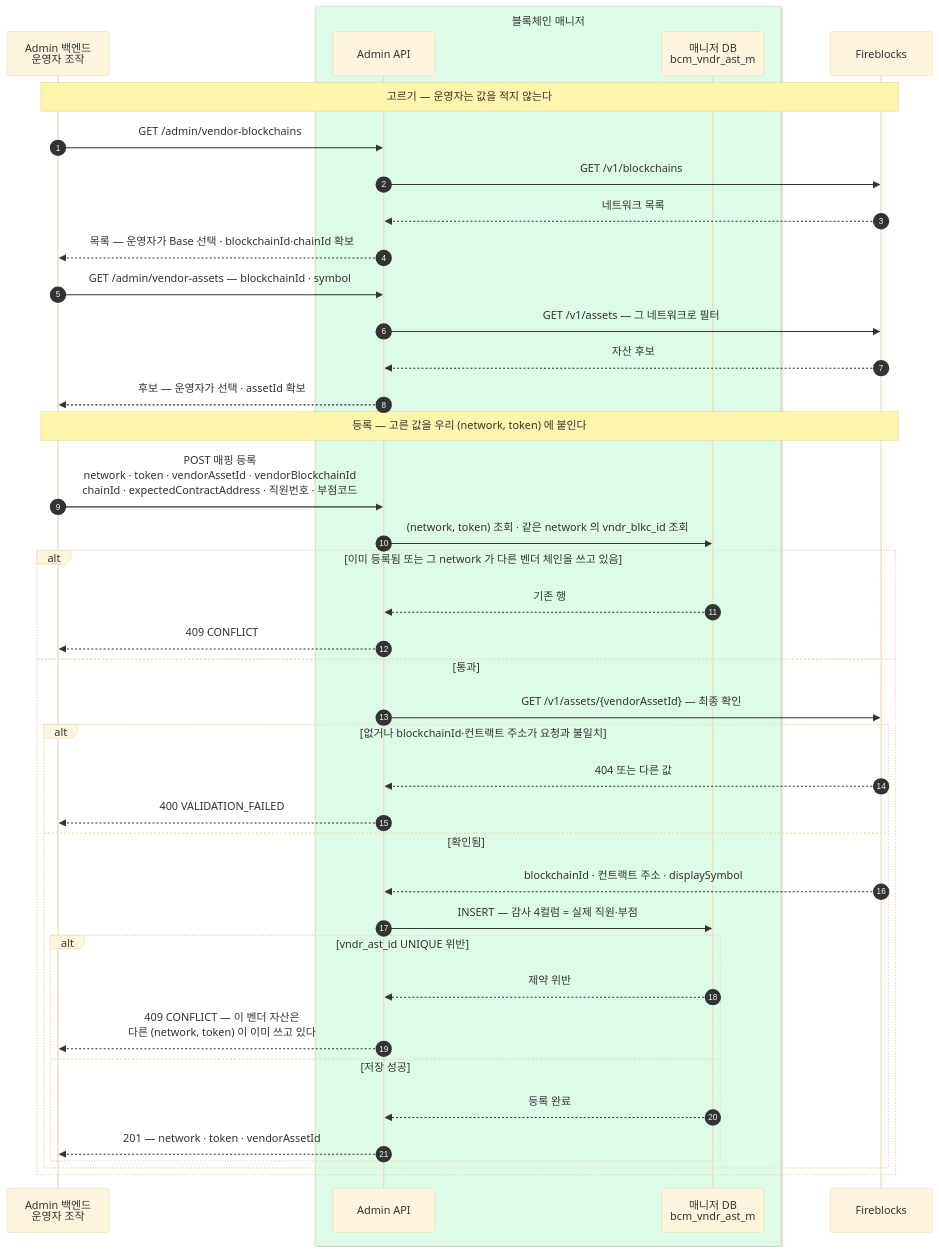
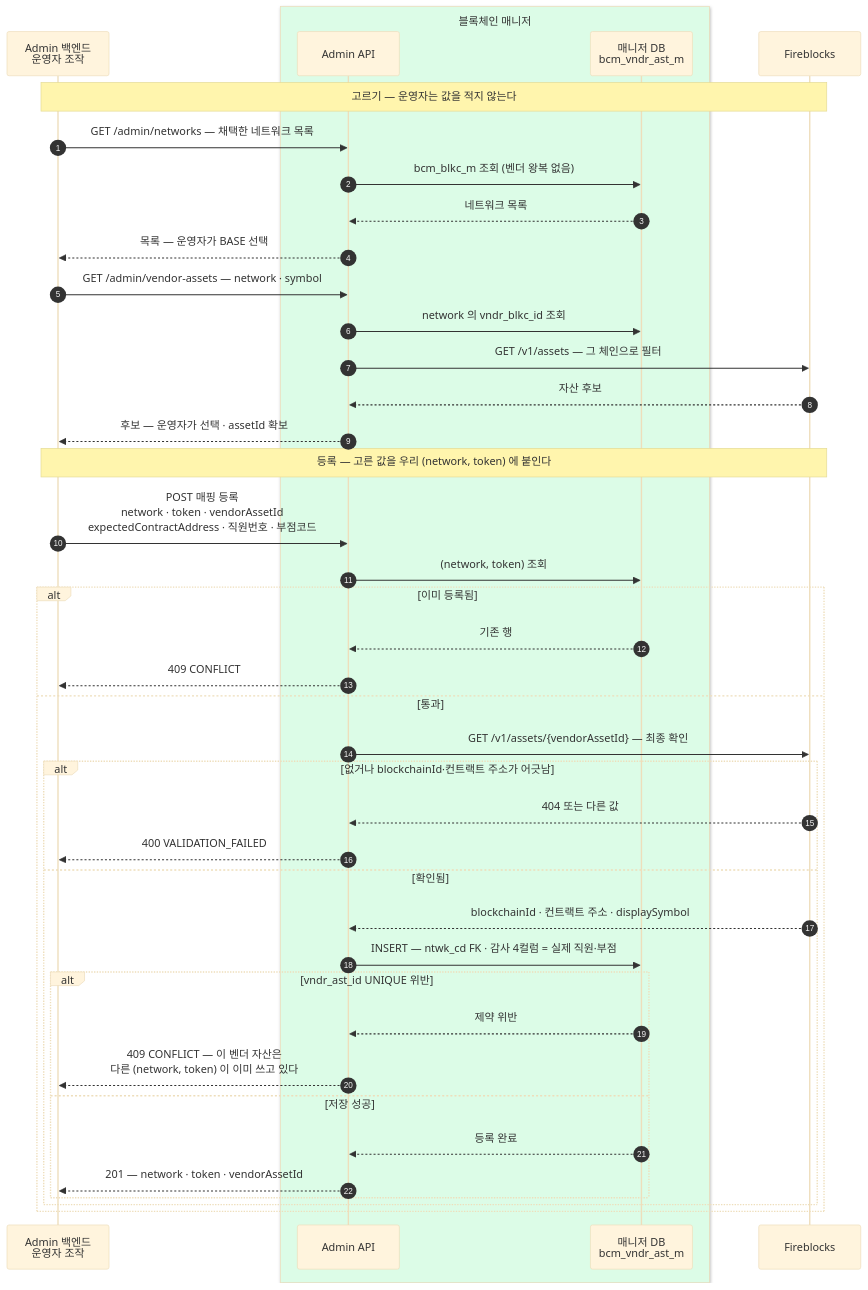
Before and after one commit to eunsujeo/eunpus: the diagram in blockchain-manager/docs/BC/설계/07-asset-master.md, drawn with Mermaid (base theme). The commit also changed other lines of this file, not shown here.

````diff
--- a/blockchain-manager/docs/BC/설계/07-asset-master.md
+++ b/blockchain-manager/docs/BC/설계/07-asset-master.md
@@ -94,44 +118,45 @@
 ```mermaid
 sequenceDiagram
     autonumber
     participant ADM as Admin 백엔드<br/>운영자 조작
     box rgb(220,252,231) 블록체인 매니저
     participant API as Admin API
     participant MDB as 매니저 DB<br/>bcm_vndr_ast_m
     end
     participant FB as Fireblocks
 
     Note over ADM,FB: 고르기 — 운영자는 값을 적지 않는다
-    ADM->>API: GET /admin/vendor-blockchains
-    API->>FB: GET /v1/blockchains
-    FB-->>API: 네트워크 목록
-    API-->>ADM: 목록 — 운영자가 Base 선택 · blockchainId·chainId 확보
-    ADM->>API: GET /admin/vendor-assets — blockchainId · symbol
-    API->>FB: GET /v1/assets — 그 네트워크로 필터
+    ADM->>API: GET /admin/networks — 채택한 네트워크 목록
+    API->>MDB: bcm_blkc_m 조회 (벤더 왕복 없음)
+    MDB-->>API: 네트워크 목록
+    API-->>ADM: 목록 — 운영자가 BASE 선택
+    ADM->>API: GET /admin/vendor-assets — network · symbol
+    API->>MDB: network 의 vndr_blkc_id 조회
+    API->>FB: GET /v1/assets — 그 체인으로 필터
     FB-->>API: 자산 후보
     API-->>ADM: 후보 — 운영자가 선택 · assetId 확보
 
     Note over ADM,FB: 등록 — 고른 값을 우리 (network, token) 에 붙인다
-    ADM->>API: POST 매핑 등록<br/>network · token · vendorAssetId · vendorBlockchainId<br/>chainId · expectedContractAddress · 직원번호 · 부점코드
-    API->>MDB: (network, token) 조회 · 같은 network 의 vndr_blkc_id 조회
-    alt 이미 등록됨 또는 그 network 가 다른 벤더 체인을 쓰고 있음
+    ADM->>API: POST 매핑 등록<br/>network · token · vendorAssetId<br/>expectedContractAddress · 직원번호 · 부점코드
+    API->>MDB: (network, token) 조회
+    alt 이미 등록됨
         MDB-->>API: 기존 행
         API-->>ADM: 409 CONFLICT
     else 통과
         API->>FB: GET /v1/assets/{vendorAssetId} — 최종 확인
-        alt 없거나 blockchainId·컨트랙트 주소가 요청과 불일치
+        alt 없거나 blockchainId·컨트랙트 주소가 어긋남
             FB-->>API: 404 또는 다른 값
             API-->>ADM: 400 VALIDATION_FAILED
         else 확인됨
             FB-->>API: blockchainId · 컨트랙트 주소 · displaySymbol
-            API->>MDB: INSERT — 감사 4컬럼 = 실제 직원·부점
+            API->>MDB: INSERT — ntwk_cd FK · 감사 4컬럼 = 실제 직원·부점
             alt vndr_ast_id UNIQUE 위반
                 MDB-->>API: 제약 위반
                 API-->>ADM: 409 CONFLICT — 이 벤더 자산은<br/>다른 (network, token) 이 이미 쓰고 있다
             else 저장 성공
                 MDB-->>API: 등록 완료
                 API-->>ADM: 201 — network · token · vendorAssetId
             end
         end
     end
 ```
````
